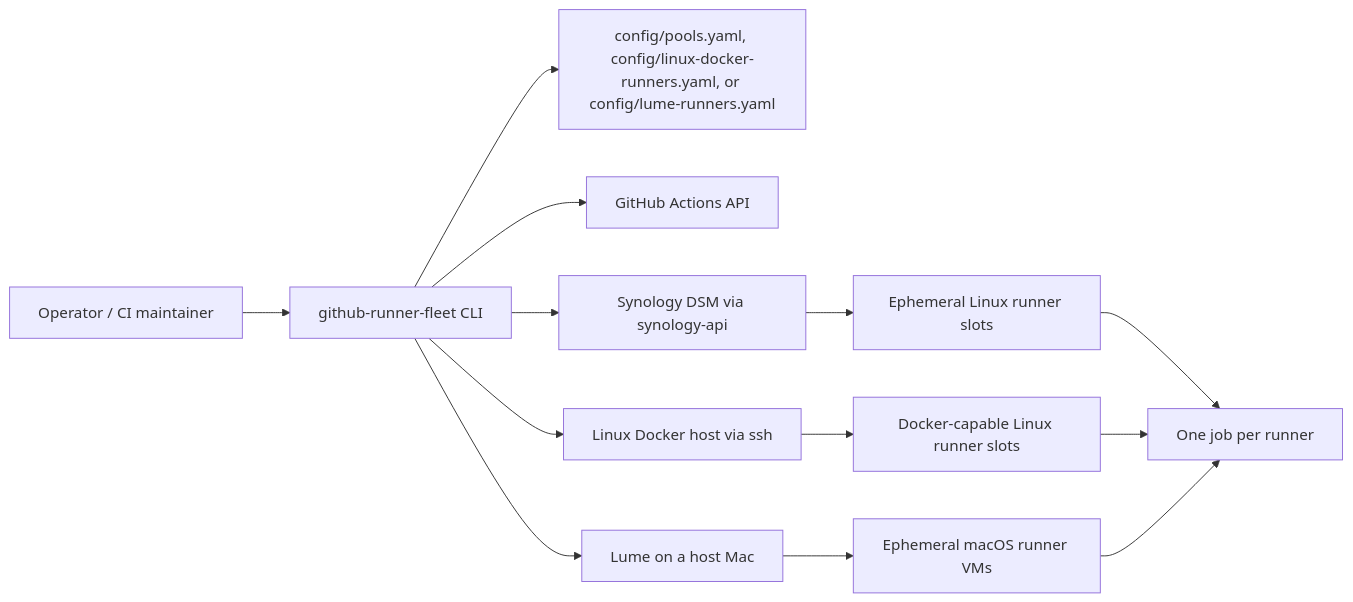
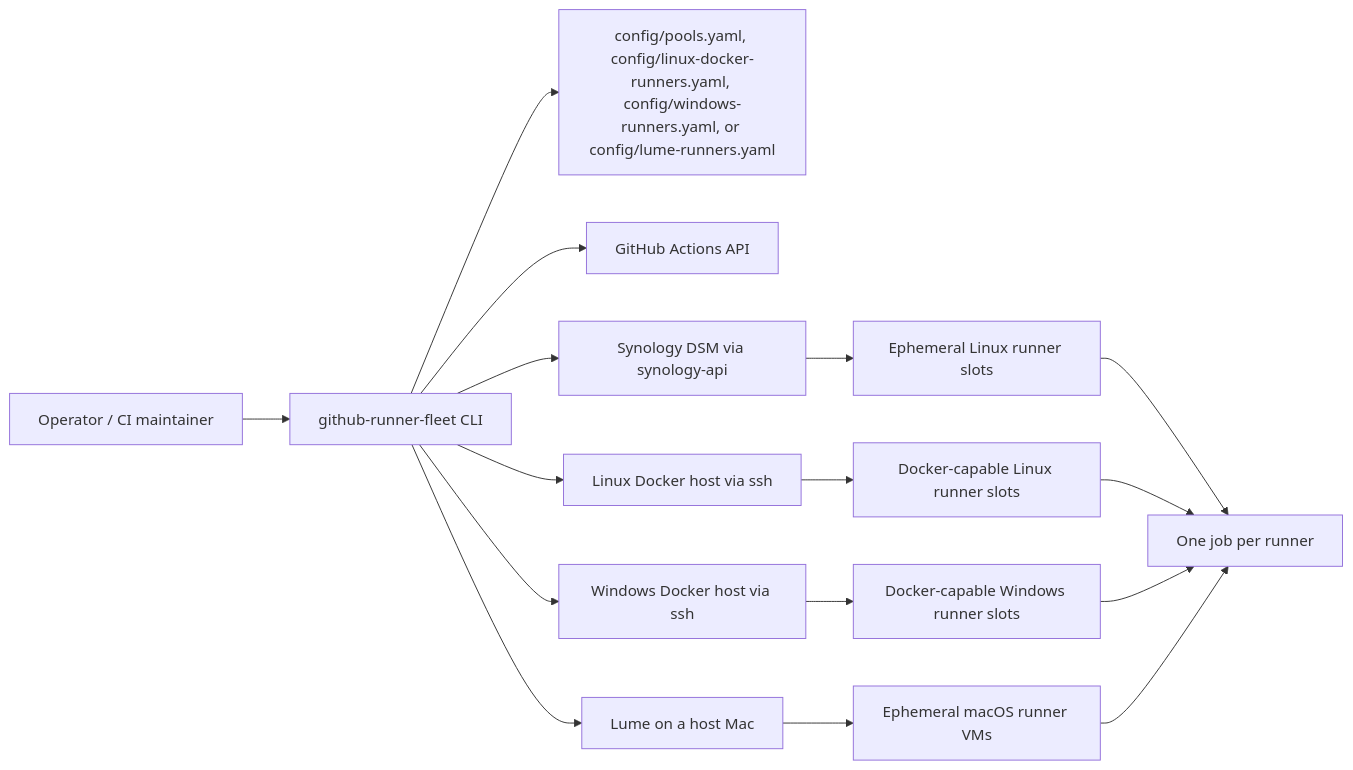
Before and after one commit to OMT-Global/github-runner-fleet: the diagram in README.md, drawn with Mermaid. The commit also changed other lines of this file and 20 other files, not shown here.

````diff
--- a/README.md
+++ b/README.md
@@ -47,15 +49,18 @@
 ```mermaid
 flowchart LR
   Dev["Operator / CI maintainer"] --> CLI["github-runner-fleet CLI"]
-  CLI --> CFG["config/pools.yaml, config/linux-docker-runners.yaml, or config/lume-runners.yaml"]
+  CLI --> CFG["config/pools.yaml, config/linux-docker-runners.yaml, config/windows-runners.yaml, or config/lume-runners.yaml"]
   CLI --> GH["GitHub Actions API"]
   CLI --> SYN["Synology DSM via synology-api"]
   CLI --> LDH["Linux Docker host via ssh"]
+  CLI --> WDH["Windows Docker host via ssh"]
   CLI --> LUME["Lume on a host Mac"]
   SYN --> SLOTS["Ephemeral Linux runner slots"]
   LDH --> DOCKER["Docker-capable Linux runner slots"]
+  WDH --> WINDOCKER["Docker-capable Windows runner slots"]
   LUME --> MACS["Ephemeral macOS runner VMs"]
   SLOTS --> JOBS["One job per runner"]
   DOCKER --> JOBS
+  WINDOCKER --> JOBS
   MACS --> JOBS
 ```
````
